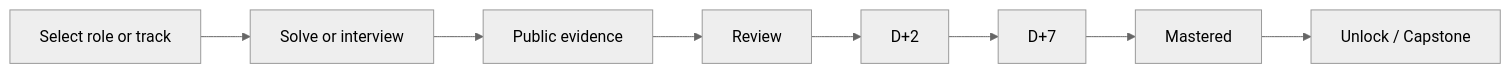
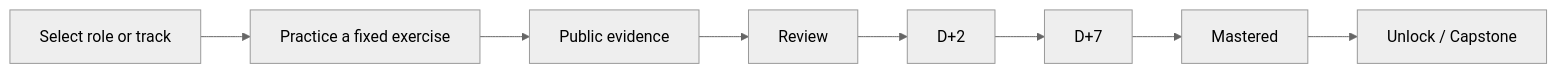
The diagram in README.en.md (ComistryMo/llm_interview_lab), drawn with Mermaid (neutral theme) before and after one commit. The commit also changed other lines of this file and 34 other files, not shown here.

Commit message:
feat: deepen interview evidence and connect review to practice [skip ci]

````diff
--- a/README.en.md
+++ b/README.en.md
@@ -81,10 +81,10 @@
 ```mermaid
 flowchart LR
-    A[Select role or track] --> B[Solve or interview]
+    A[Select role or track] --> B[Practice a fixed exercise]
     B --> C[Public evidence]
     C --> D[Review]
     D --> E[D+2]
     E --> F[D+7]
     F --> G[Mastered]
     G --> H[Unlock / Capstone]
 ```
````
